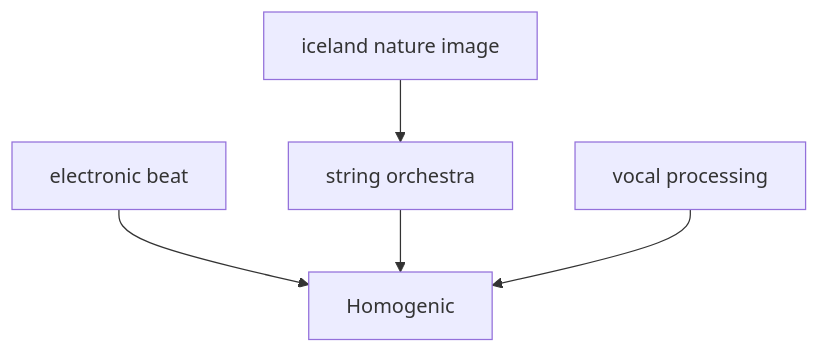
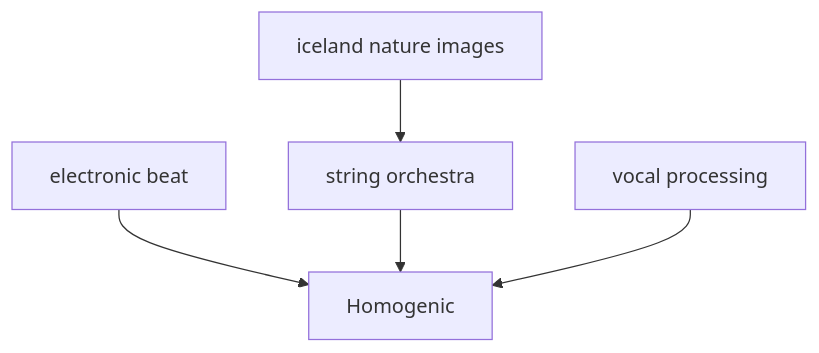
Before and after one commit to monumental-movement/monumental-movement.github.io: the eighth of 11 diagrams in en/_posts/2026-07-01-column-influential-album-03.md, drawn with Mermaid. The commit also changed other lines of this file and 851 other files, not shown here.

```diff
--- a/en/_posts/2026-07-01-column-influential-album-03.md
+++ b/en/_posts/2026-07-01-column-influential-album-03.md
@@ -830,14 +830,14 @@
 <div class="mermaid">
 flowchart TD
-A[iceland nature image]
+A[iceland nature images]
 B[electronic beat]
 C[string orchestra]
 D[vocal processing]
 E[Homogenic]
 
 A --> C
 B --> E
 C --> E
 D --> E
 
 </div>
```
